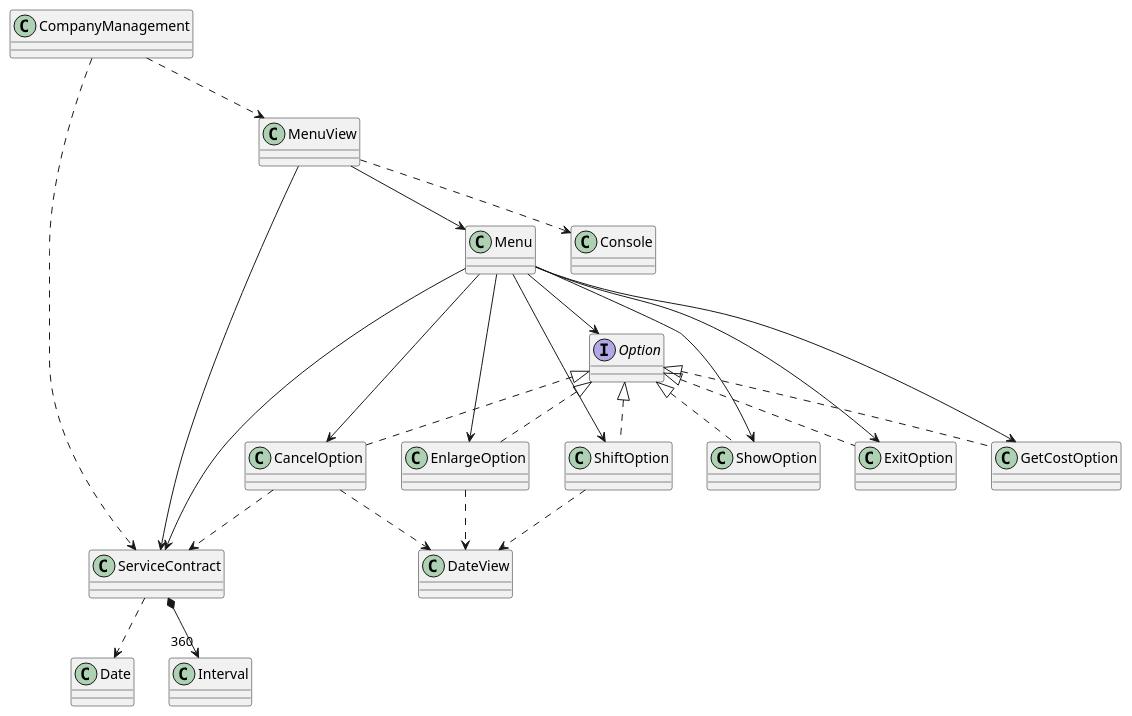
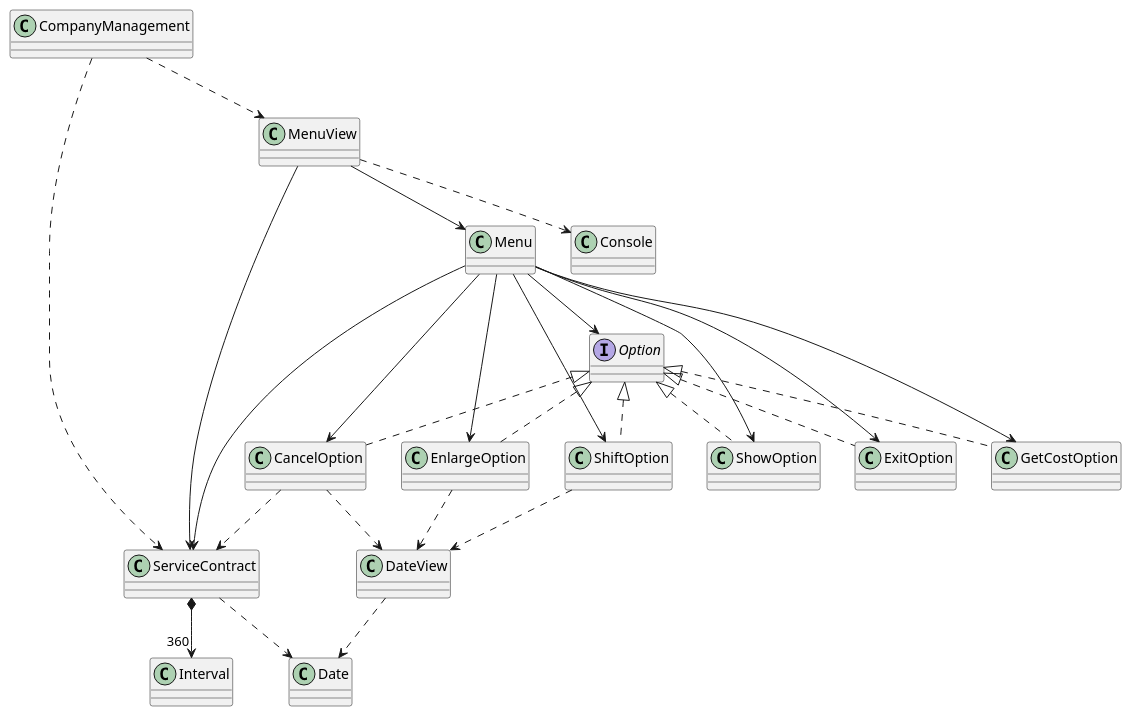
The diagram in tech-java-basadoObjetos/src/es/usantatecla/companyManagement/UML/ModeloClases.puml (USantaTecla-ed-mpds/lab-turing), drawn with PlantUML before and after one commit. The commit also changed 2 other files, not shown here.

Commit message:
UML refactor

```diff
--- a/tech-java-basadoObjetos/src/es/usantatecla/companyManagement/UML/ModeloClases.puml
+++ b/tech-java-basadoObjetos/src/es/usantatecla/companyManagement/UML/ModeloClases.puml
@@ -1,54 +1,56 @@
 @startuml
 class CompanyManagement
 class ServiceContract
 class MenuView
 class Menu
 class CancelOption
 class ShowOption
 class ExitOption
 class EnlargeOption
 class ShiftOption
 class GetCostOption
 
 class Date
 class DateView
 class Console
 class Interval
 
 interface Option
 
 
 CompanyManagement ..> ServiceContract
 CompanyManagement ..> MenuView
 
 ServiceContract ..> Date
 ServiceContract *--> "360" Interval
+
+DateView ..> Date
 
 MenuView --> ServiceContract
 MenuView --> Menu
 MenuView ..> Console
 
 CancelOption ..> DateView
 CancelOption ..> ServiceContract
 
 EnlargeOption ..> DateView
 ShiftOption ..> DateView
 
 Menu --> ServiceContract
 Menu --> Option
 Menu --> CancelOption
 Menu --> EnlargeOption
 Menu --> ExitOption
 Menu --> GetCostOption
 Menu --> ShiftOption
 Menu --> ShowOption
 
 Option <|.. CancelOption
 Option <|.. EnlargeOption
 Option <|.. ExitOption
 Option <|.. GetCostOption
 Option <|.. ShiftOption
 Option <|.. ShowOption
 
 
 @enduml
```
